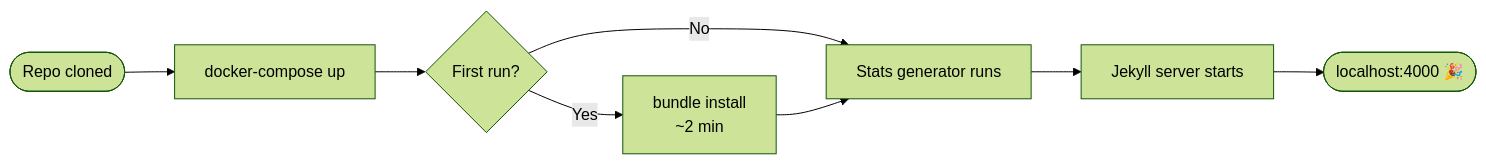
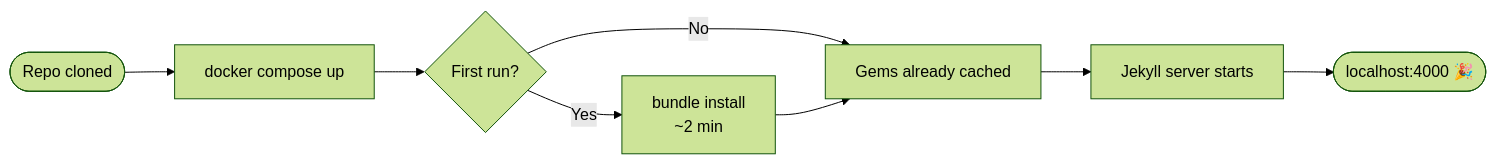
The diagram in packages/zer0-mistakes/pages/_quickstart/jekyll-setup.md (bamr87/zer0-CMS), drawn with Mermaid (forest theme) before and after one commit. The commit also changed other lines of this file and 57 other files, not shown here.

````diff
--- a/packages/zer0-mistakes/pages/_quickstart/jekyll-setup.md
+++ b/packages/zer0-mistakes/pages/_quickstart/jekyll-setup.md
@@ -40,10 +38,10 @@
 ```mermaid
 flowchart LR
-    A([Repo cloned]) --> B[docker-compose up]
+    A([Repo cloned]) --> B[docker compose up]
     B --> C{First run?}
     C -->|Yes| D[bundle install\n~2 min]
-    C -->|No| E[Stats generator runs]
+    C -->|No| E[Gems already cached]
     D --> E
     E --> F[Jekyll server starts]
     F --> G([localhost:4000 🎉])
 ```
````
